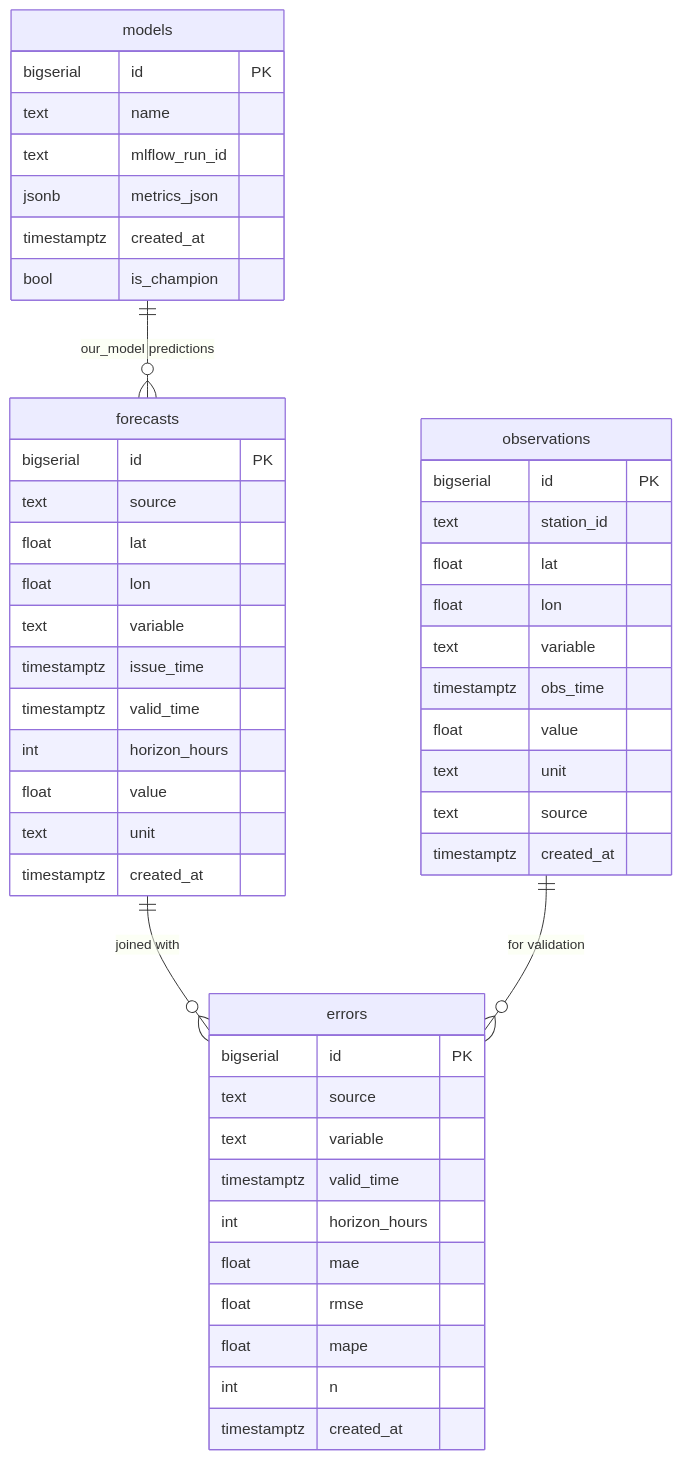
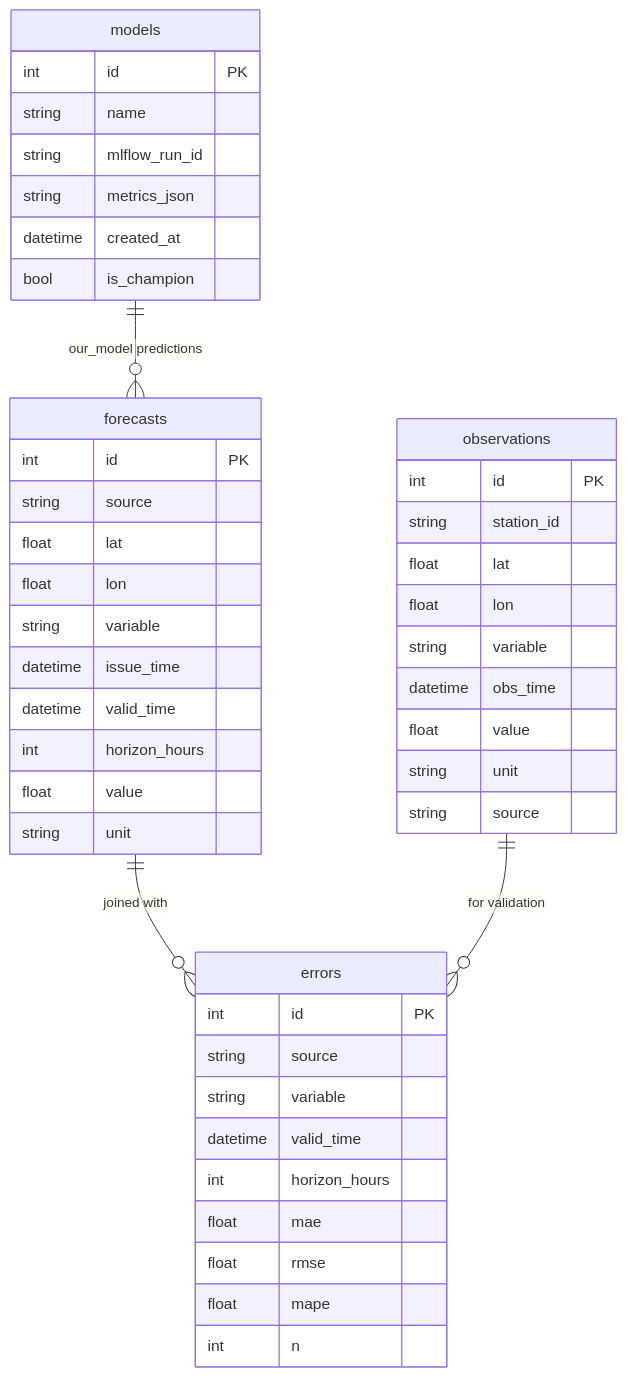
One commit to JepStar990/weather-mlops-forecasts changed the third of 3 diagrams in README.md. Above: the diagram before and after it, drawn with Mermaid. The commit also changed other lines of this file, not shown here.

Commit message:
fix: simplify Mermaid diagrams for GitHub renderer compatibility
- Remove HTML br tags from node labels (GitHub Mermaid strips them)
- Use explicit subgraph IDs instead of quoted strings
- Simplify ER diagram types for Mermaid compatibility
- Clean up node label formatting

````diff
--- a/README.md
+++ b/README.md
@@ -157,51 +159,48 @@
 ```mermaid
 erDiagram
     forecasts {
-        bigserial id PK
-        text source
+        int id PK
+        string source
         float lat
         float lon
-        text variable
-        timestamptz issue_time
-        timestamptz valid_time
+        string variable
+        datetime issue_time
+        datetime valid_time
         int horizon_hours
         float value
-        text unit
-        timestamptz created_at
+        string unit
     }
     observations {
-        bigserial id PK
-        text station_id
+        int id PK
+        string station_id
         float lat
         float lon
-        text variable
-        timestamptz obs_time
+        string variable
+        datetime obs_time
         float value
-        text unit
-        text source
-        timestamptz created_at
+        string unit
+        string source
     }
     errors {
-        bigserial id PK
-        text source
-        text variable
-        timestamptz valid_time
+        int id PK
+        string source
+        string variable
+        datetime valid_time
         int horizon_hours
         float mae
         float rmse
         float mape
         int n
-        timestamptz created_at
     }
     models {
-        bigserial id PK
-        text name
-        text mlflow_run_id
-        jsonb metrics_json
-        timestamptz created_at
+        int id PK
+        string name
+        string mlflow_run_id
+        string metrics_json
+        datetime created_at
         bool is_champion
     }
     forecasts ||--o{ errors : "joined with"
     observations ||--o{ errors : "for validation"
     models ||--o{ forecasts : "our_model predictions"
 ```
````
